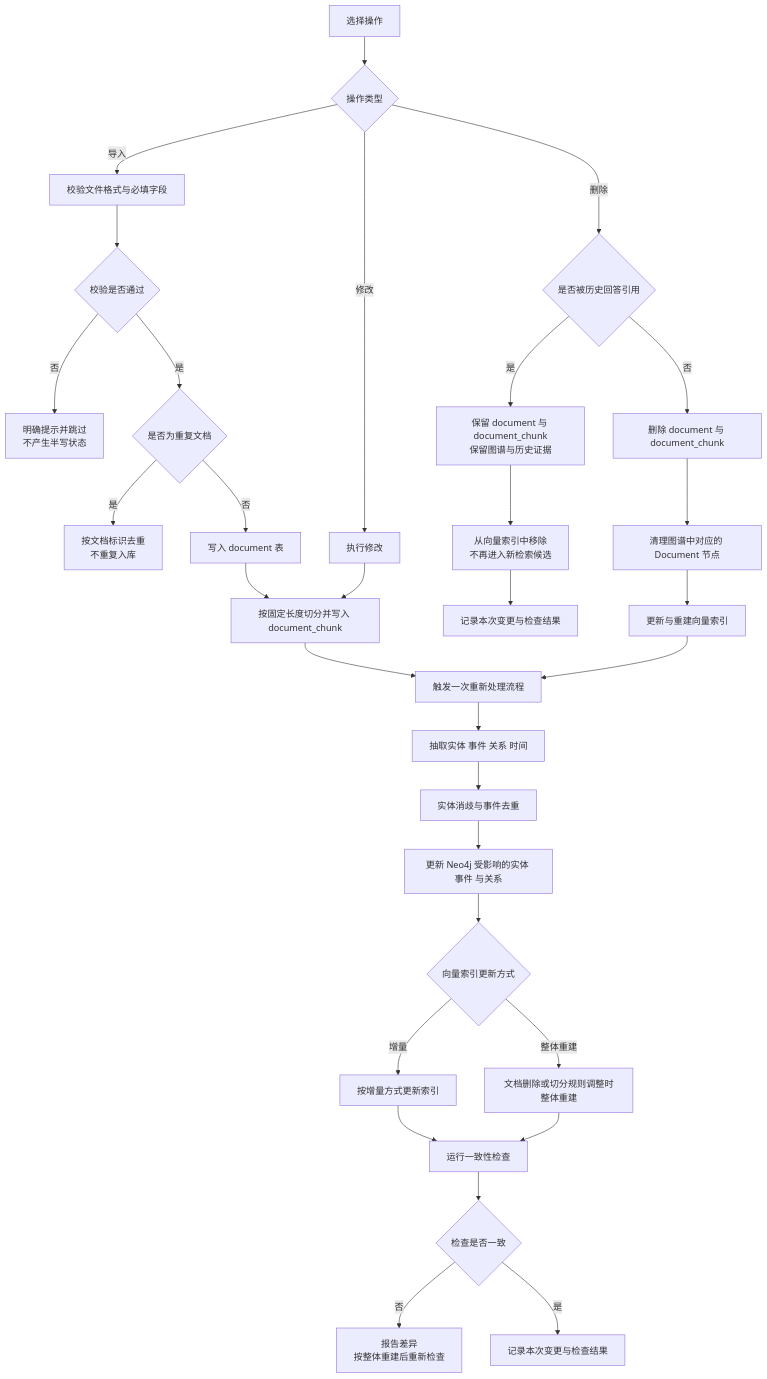
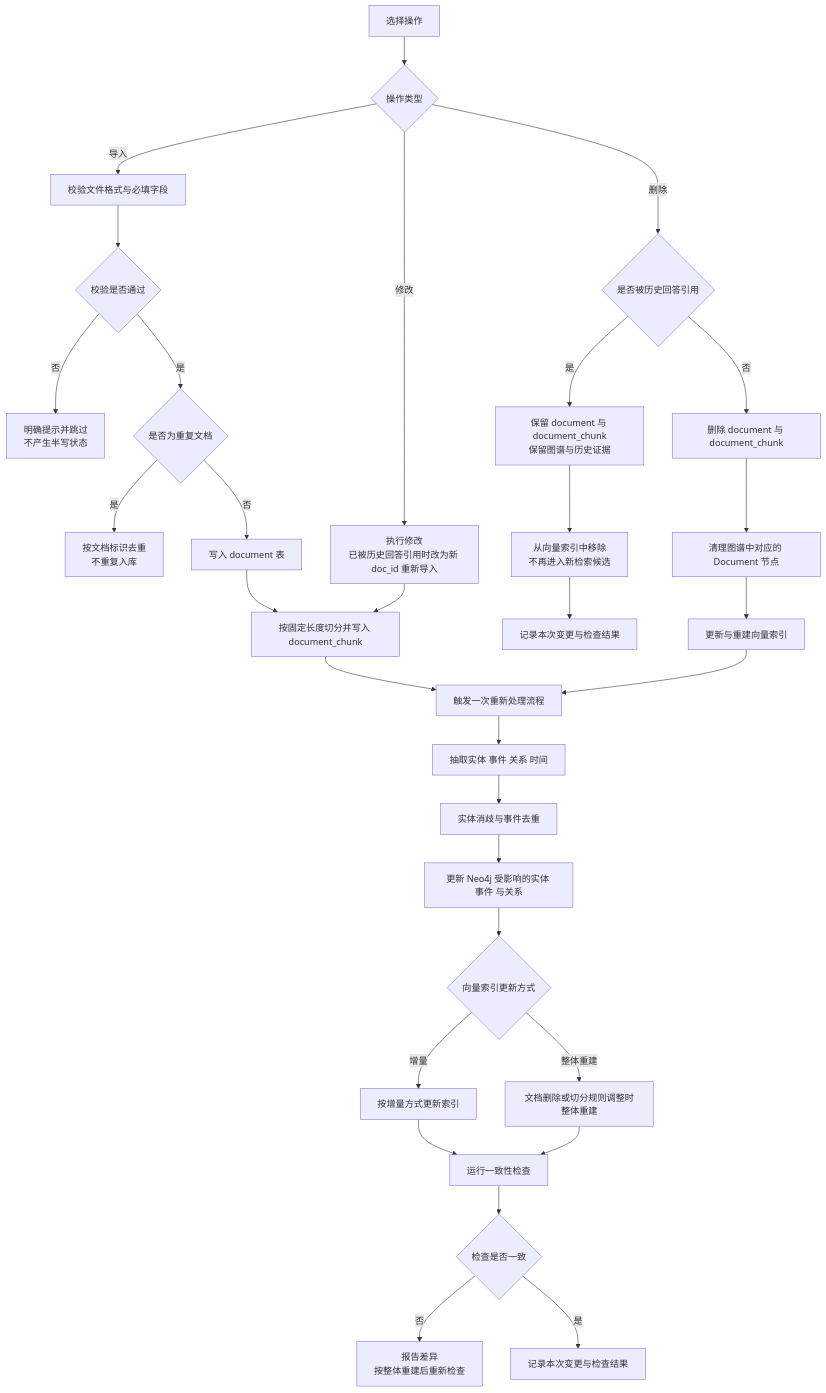
One commit to jincanW1130/Design-Implementation-of-A-share-Financial-QA-System-Using-Event-Knowledge-Graph-and-RAG changed the third of 8 diagrams in 阶段04-系统总体设计/10-系统总体设计（第四阶段）.md. Above: the diagram before and after it, drawn with Mermaid. The commit also changed other lines of this file and 18 other files, not shown here.

````diff
--- a/阶段04-系统总体设计/10-系统总体设计（第四阶段）.md
+++ b/阶段04-系统总体设计/10-系统总体设计（第四阶段）.md
@@ -308,33 +308,33 @@
 ```mermaid
 flowchart TB
     A["选择操作"] --> B{"操作类型"}
     B -->|导入| C["校验文件格式与必填字段"]
     C --> D{"校验是否通过"}
     D -->|否| E["明确提示并跳过<br/>不产生半写状态"]
     D -->|是| F{"是否为重复文档"}
     F -->|是| G["按文档标识去重<br/>不重复入库"]
     F -->|否| H["写入 document 表"]
     H --> J["按固定长度切分并写入 document_chunk"]
-    B -->|修改| I1["执行修改"]
+    B -->|修改| I1["执行修改<br/>已被历史回答引用时改为新 doc_id 重新导入"]
     I1 --> J
     J --> K["触发一次重新处理流程"]
     B -->|删除| R{"是否被历史回答引用"}
     R -->|是| S1["保留 document 与 document_chunk<br/>保留图谱与历史证据"]
     S1 --> S2["从向量索引中移除<br/>不再进入新检索候选"]
     S2 --> U["记录本次变更与检查结果"]
     R -->|否| S3["删除 document 与 document_chunk"]
     S3 --> S4["清理图谱中对应的 Document 节点"]
     S4 --> S5["更新与重建向量索引"]
     S5 --> K
     K --> L["抽取实体 事件 关系 时间"]
     L --> M["实体消歧与事件去重"]
     M --> N["更新 Neo4j 受影响的实体 事件 与关系"]
     N --> O{"向量索引更新方式"}
     O -->|增量| P["按增量方式更新索引"]
     O -->|整体重建| Q["文档删除或切分规则调整时整体重建"]
     P --> T["运行一致性检查"]
     Q --> T
     T --> V{"检查是否一致"}
     V -->|否| W["报告差异<br/>按整体重建后重新检查"]
     V -->|是| U1["记录本次变更与检查结果"]
 ```
````
